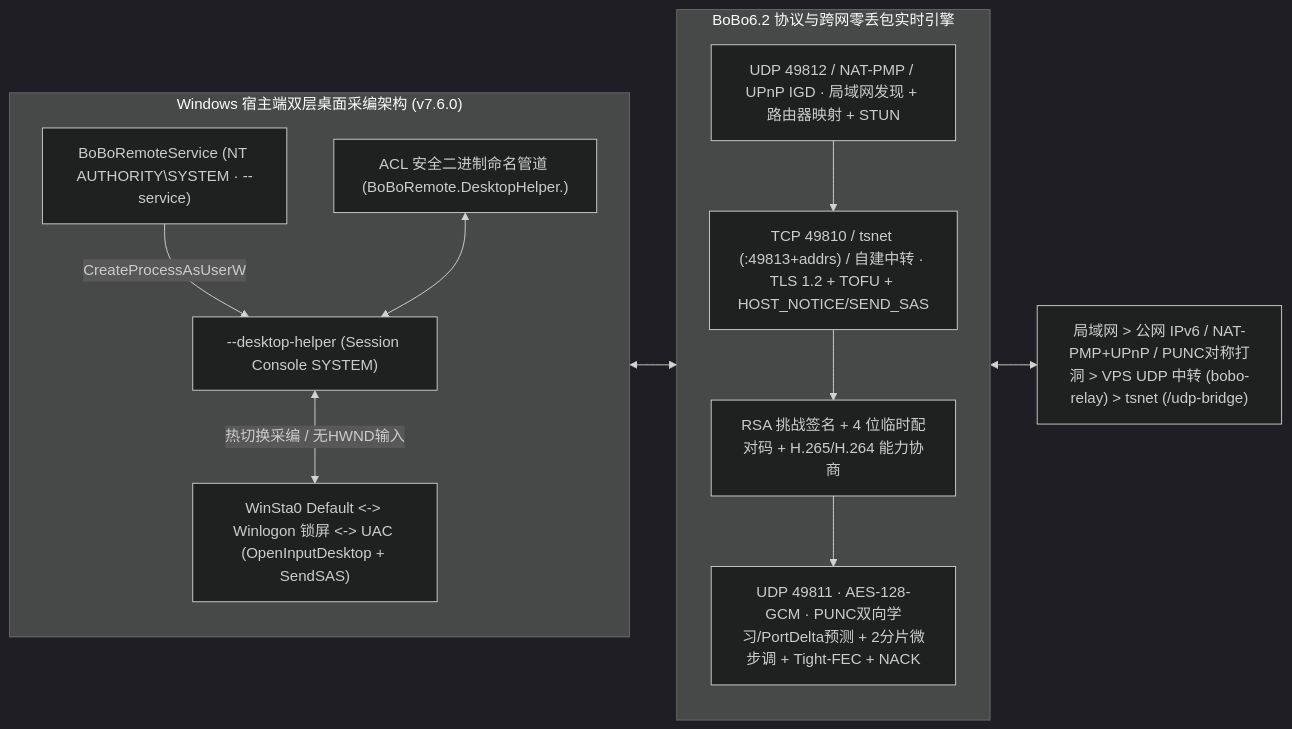
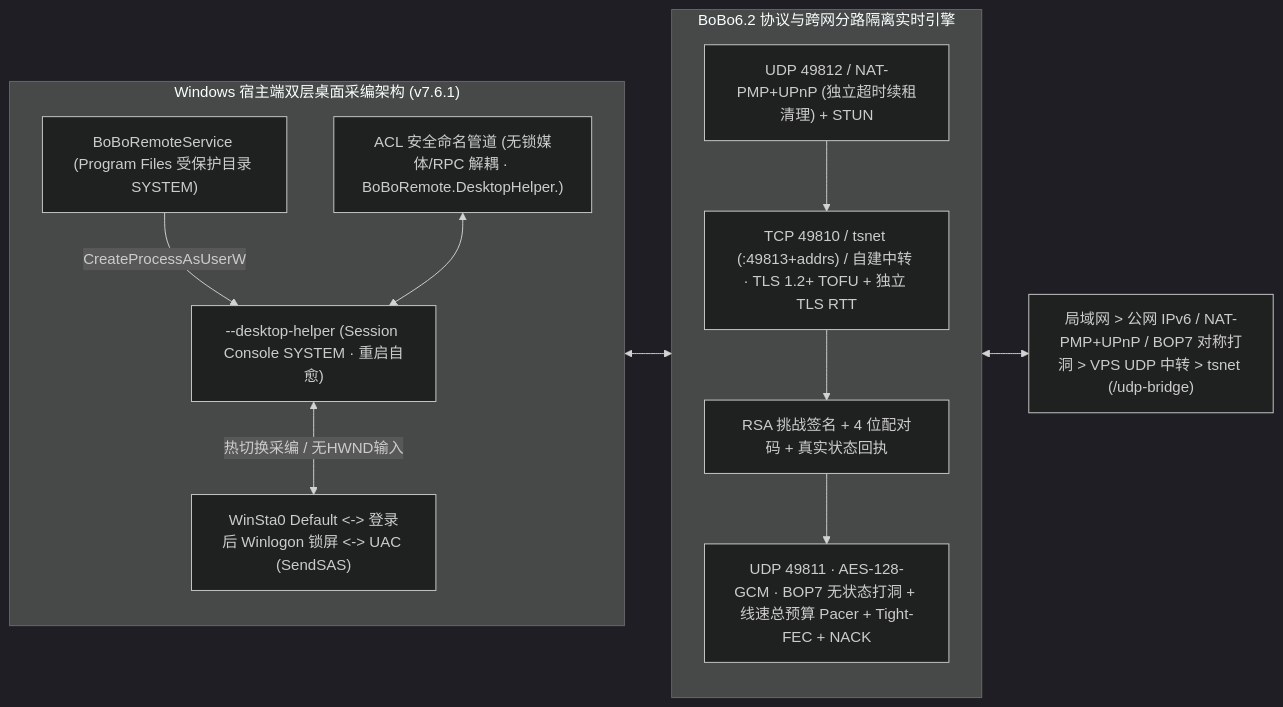
Before and after one commit to Gluxggg/BoBo-Remote: the diagram in README.md, drawn with Mermaid (dark theme). The commit also changed other lines of this file and 33 other files, not shown here.

Commit message:
v7.6.1: harden SYSTEM service boundary, isolate transport stats & wire-budget FEC, and unify Android release signing

````diff
--- a/README.md
+++ b/README.md
@@ -121,27 +121,27 @@
 ```mermaid
 flowchart LR
-  subgraph WINHOST["Windows 宿主端双层桌面采编架构 (v7.6.0)"]
+  subgraph WINHOST["Windows 宿主端双层桌面采编架构 (v7.6.1)"]
     direction TB
-    SVC["BoBoRemoteService (NT AUTHORITY\SYSTEM · --service)"]
-    HLP["--desktop-helper (Session Console SYSTEM)"]
-    DESK["WinSta0 Default <-> Winlogon 锁屏 <-> UAC (OpenInputDesktop + SendSAS)"]
-    PIPE["ACL 安全二进制命名管道 (BoBoRemote.DesktopHelper.<sid>)"]
+    SVC["BoBoRemoteService (Program Files 受保护目录 SYSTEM)"]
+    HLP["--desktop-helper (Session Console SYSTEM · 重启自愈)"]
+    DESK["WinSta0 Default <-> 登录后 Winlogon 锁屏 <-> UAC (SendSAS)"]
+    PIPE["ACL 安全命名管道 (无锁媒体/RPC 解耦 · BoBoRemote.DesktopHelper.<sid>)"]
     SVC -->|CreateProcessAsUserW| HLP
     HLP <-->|热切换采编 / 无HWND输入| DESK
     PIPE <--> HLP
   end
 
-  subgraph PROTO["BoBo6.2 协议与跨网零丢包实时引擎"]
+  subgraph PROTO["BoBo6.2 协议与跨网分路隔离实时引擎"]
     direction TB
-    DISC["UDP 49812 / NAT-PMP / UPnP IGD · 局域网发现 + 路由器映射 + STUN"]
-    TLS["TCP 49810 / tsnet (:49813+addrs) / 自建中转 · TLS 1.2 + TOFU + HOST_NOTICE/SEND_SAS"]
-    AUTH["RSA 挑战签名 + 4 位临时配对码 + H.265/H.264 能力协商"]
-    UDP["UDP 49811 · AES-128-GCM · PUNC双向学习/PortDelta预测 + 2分片微步调 + Tight-FEC + NACK"]
+    DISC["UDP 49812 / NAT-PMP+UPnP (独立超时续租清理) + STUN"]
+    TLS["TCP 49810 / tsnet (:49813+addrs) / 自建中转 · TLS 1.2+ TOFU + 独立 TLS RTT"]
+    AUTH["RSA 挑战签名 + 4 位配对码 + 真实状态回执"]
+    UDP["UDP 49811 · AES-128-GCM · BOP7 无状态打洞 + 线速总预算 Pacer + Tight-FEC + NACK"]
     DISC --> TLS --> AUTH --> UDP
   end
 
-  NET["局域网 > 公网 IPv6 / NAT-PMP+UPnP / PUNC对称打洞 > VPS UDP 中转 (bobo-relay) > tsnet (/udp-bridge)"]
+  NET["局域网 > 公网 IPv6 / NAT-PMP+UPnP / BOP7 对称打洞 > VPS UDP 中转 > tsnet (/udp-bridge)"]
 
   WINHOST <--> PROTO
   PROTO <--> NET
 ```
````
